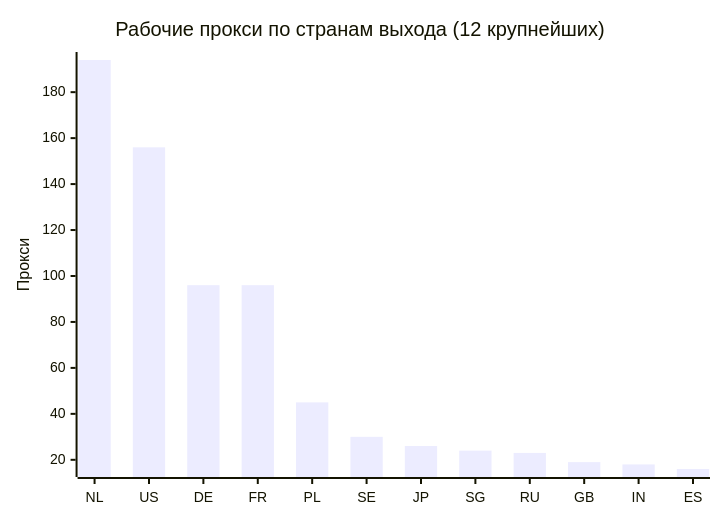
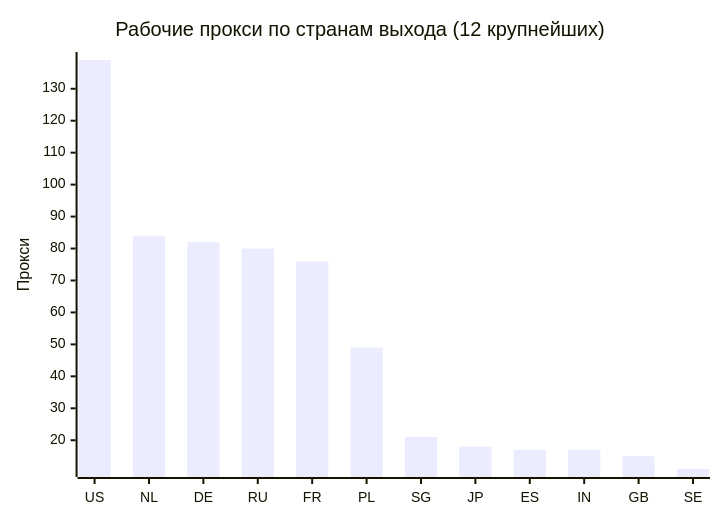
One commit to rvvg/proxy-subs changed the second of 4 diagrams in README.md. Above: the diagram before and after it, drawn with Mermaid. The commit also changed other lines of this file and 45 other files, not shown here.

````diff
--- a/README.md
+++ b/README.md
@@ -126,7 +125,7 @@
 ```mermaid
 xychart-beta
     title "Рабочие прокси по странам выхода (12 крупнейших)"
-    x-axis ["NL", "US", "DE", "FR", "PL", "SE", "JP", "SG", "RU", "GB", "IN", "ES"]
+    x-axis ["US", "NL", "DE", "RU", "FR", "PL", "SG", "JP", "ES", "IN", "GB", "SE"]
     y-axis "Прокси"
-    bar [194, 156, 96, 96, 45, 30, 26, 24, 23, 19, 18, 16]
+    bar [139, 84, 82, 80, 76, 49, 21, 18, 17, 17, 15, 11]
 ```
````
